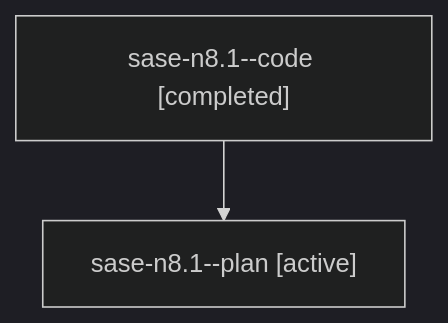
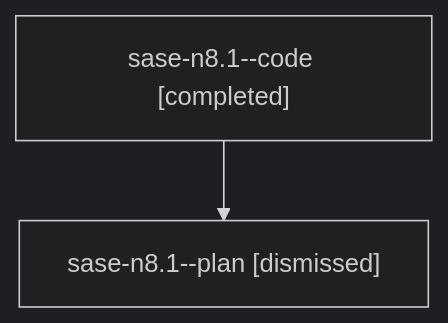
The diagram in sessions/bbugyi200.athena.sase-n8.1.md (sase-org/sase--agents), drawn with Mermaid (dark theme) before and after one commit. The commit also changed other lines of this file and 128 other files, not shown here.

````diff
--- a/sessions/bbugyi200.athena.sase-n8.1.md
+++ b/sessions/bbugyi200.athena.sase-n8.1.md
@@ -9,6 +9,6 @@
 ```mermaid
 flowchart TD
   n0["sase-n8.1--code [completed]"]
-  n1["sase-n8.1--plan [active]"]
+  n1["sase-n8.1--plan [dismissed]"]
   n0 --> n1
 ```
````
